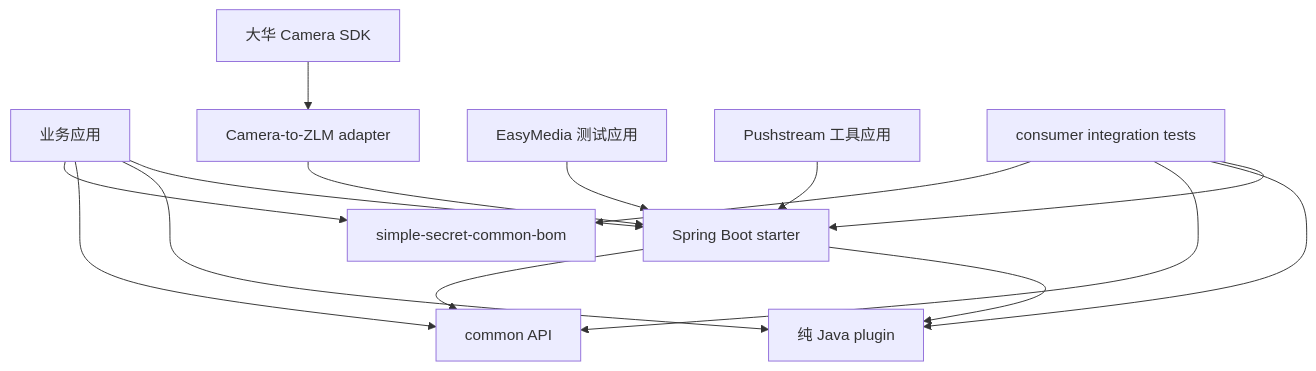
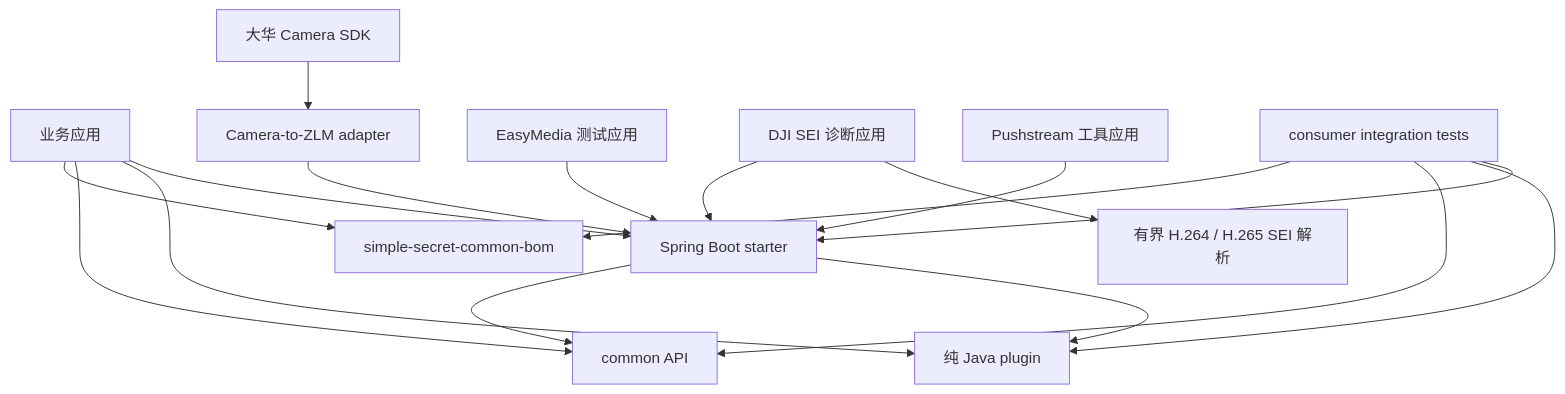
Before and after one commit to Secret799/simple-secret: the first of 2 diagrams in README.md, drawn with Mermaid. The commit also changed other lines of this file and 10 other files, not shown here.

Commit message:
feat(application): 添加 DJI RTMP SEI 测试程序

````diff
--- a/README.md
+++ b/README.md
@@ -45,17 +46,19 @@
 ```mermaid
 flowchart TD
     APP["业务应用"] --> BOM["simple-secret-common-bom"]
     APP --> COMMON["common API"]
     APP --> PLUGIN["纯 Java plugin"]
     APP --> STARTER["Spring Boot starter"]
     STARTER --> COMMON
     STARTER --> PLUGIN
     CAMERA["大华 Camera SDK"] --> ADAPTER["Camera-to-ZLM adapter"]
     ADAPTER --> STARTER
     SAMPLE["EasyMedia 测试应用"] --> STARTER
+    DJI["DJI SEI 诊断应用"] --> STARTER
+    DJI --> SEI["有界 H.264 / H.265 SEI 解析"]
     PUSH["Pushstream 工具应用"] --> STARTER
     TEST["consumer integration tests"] --> BOM
     TEST --> COMMON
     TEST --> PLUGIN
     TEST --> STARTER
 ```
````
